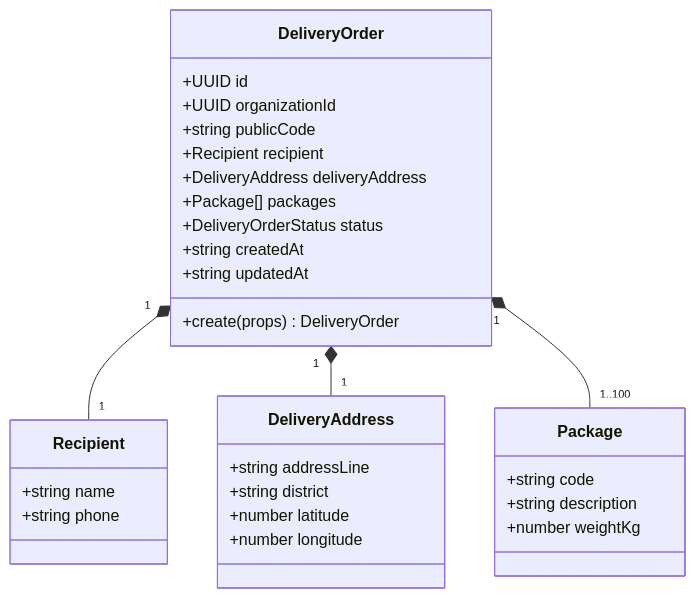
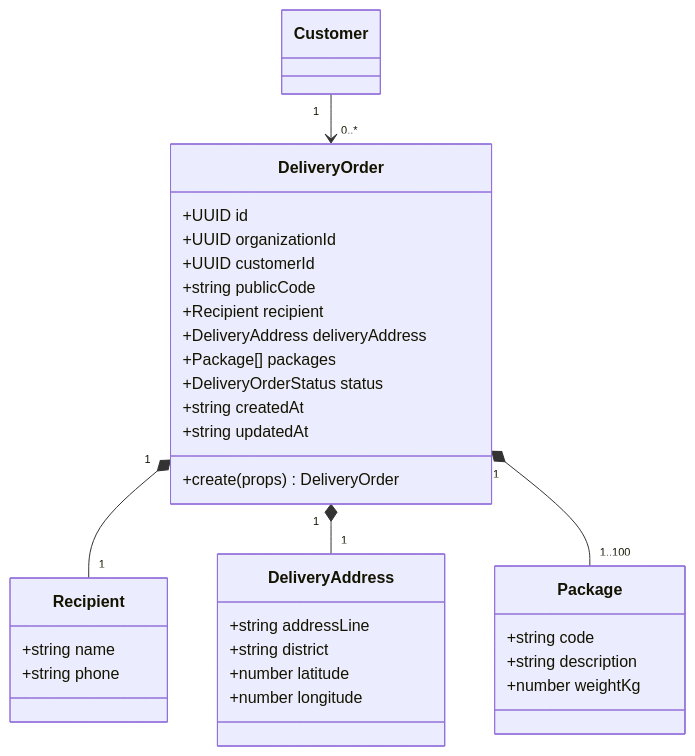
Before and after one commit to YordyBl/erp-logistic-gps: the diagram in apps/api/src/modules/delivery-orders/docs/data-model.md, drawn with Mermaid. The commit also changed other lines of this file and 170 other files, not shown here.

````diff
--- a/apps/api/src/modules/delivery-orders/docs/data-model.md
+++ b/apps/api/src/modules/delivery-orders/docs/data-model.md
@@ -18,37 +18,39 @@
 ```mermaid
 classDiagram
     class DeliveryOrder {
         +UUID id
         +UUID organizationId
+        +UUID customerId
         +string publicCode
         +Recipient recipient
         +DeliveryAddress deliveryAddress
         +Package[] packages
         +DeliveryOrderStatus status
         +string createdAt
         +string updatedAt
         +create(props) DeliveryOrder
     }
 
     class Recipient {
         +string name
         +string phone
     }
 
     class DeliveryAddress {
         +string addressLine
         +string district
         +number latitude
         +number longitude
     }
 
     class Package {
         +string code
         +string description
         +number weightKg
     }
 
     DeliveryOrder "1" *-- "1" Recipient
+    Customer "1" --> "0..*" DeliveryOrder
     DeliveryOrder "1" *-- "1" DeliveryAddress
     DeliveryOrder "1" *-- "1..100" Package
 ```
````
